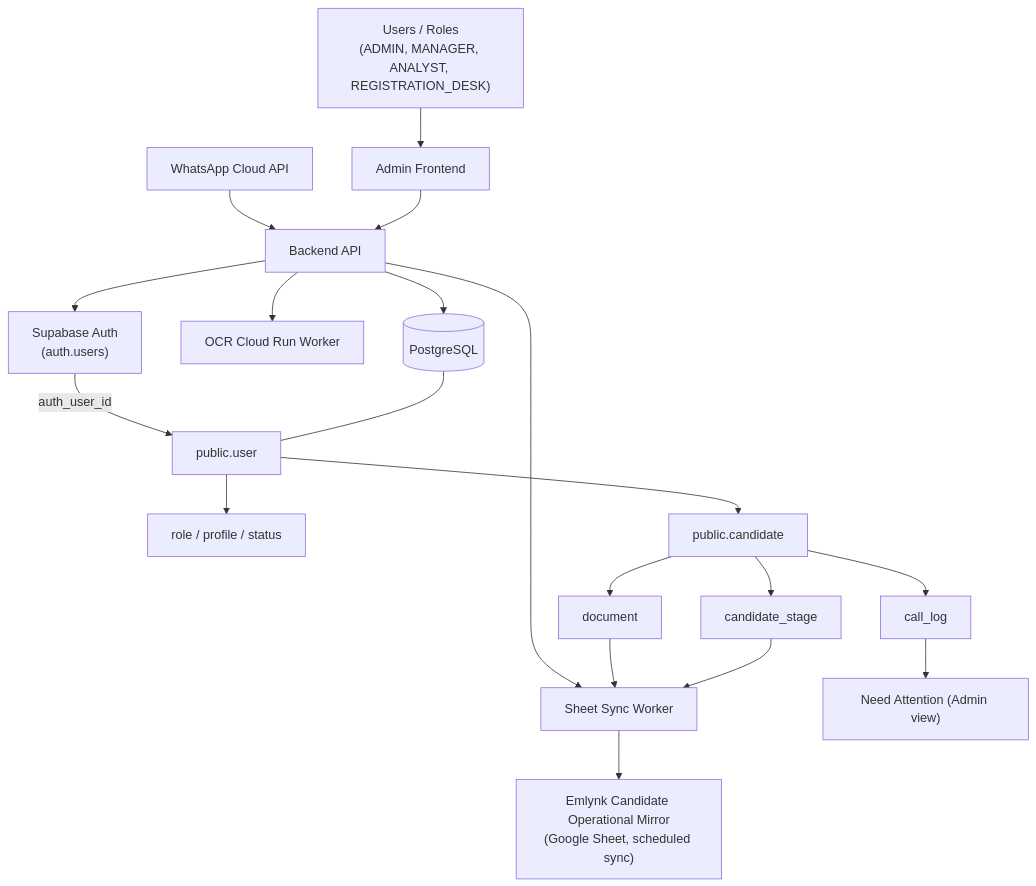
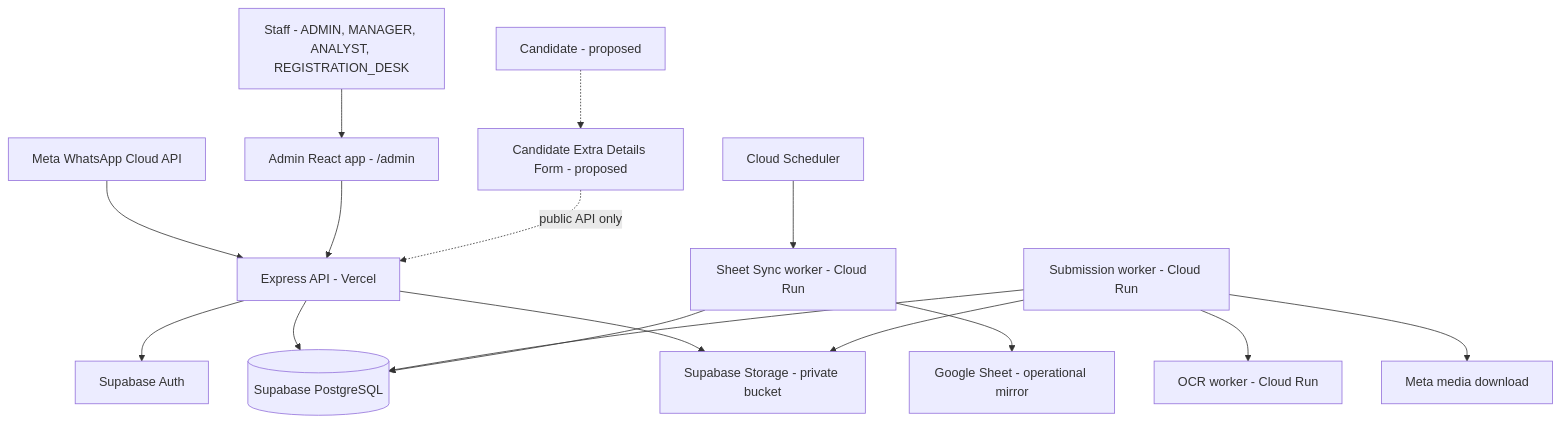
The first of 12 diagrams in README.md (emlynk-pixel/EmlynkWABot), drawn with Mermaid before and after one commit. The commit also changed other lines of this file and 1 other file, not shown here.

Commit message:
docs: redesign database architecture and master ER

````diff
--- a/README.md
+++ b/README.md
@@ -142,25 +145,21 @@
 ```mermaid
 flowchart TD
-    Roles["Users / Roles<br/>(ADMIN, MANAGER, ANALYST, REGISTRATION_DESK)"] --> Frontend[Admin Frontend]
-    WA[WhatsApp Cloud API] --> Backend[Backend API]
-    Frontend --> Backend
+    STAFF["Staff - ADMIN, MANAGER, ANALYST, REGISTRATION_DESK"] --> ADMINUI["Admin React app - /admin"]
+    CAND["Candidate - proposed"] -.-> FORMUI["Candidate Extra Details Form - proposed"]
+    WA["Meta WhatsApp Cloud API"] --> API["Express API - Vercel"]
+    ADMINUI --> API
+    FORMUI -.->|"public API only"| API
 
-    Backend --> SupaAuth["Supabase Auth<br/>(auth.users)"]
-    Backend --> OCR["OCR Cloud Run Worker"]
-    Backend --> DB[(PostgreSQL)]
-    Backend --> SheetWorker["Sheet Sync Worker"]
+    API --> AUTH["Supabase Auth"]
+    API --> DB[("Supabase PostgreSQL")]
+    API --> STORE["Supabase Storage - private bucket"]
 
-    SupaAuth -->|auth_user_id| PublicUser["public.user"]
-    DB --- PublicUser
-    PublicUser --> RoleProfile["role / profile / status"]
-    PublicUser --> Candidate["public.candidate"]
+    SUBW["Submission worker - Cloud Run"] --> DB
+    SUBW --> STORE
+    SUBW --> OCR["OCR worker - Cloud Run"]
+    SUBW --> META["Meta media download"]
 
-    Candidate --> Document["document"]
-    Candidate --> Stage["candidate_stage"]
-    Candidate --> CallLog["call_log"]
-
-    SheetWorker --> SheetMirror["Emlynk Candidate Operational Mirror<br/>(Google Sheet, scheduled sync)"]
-    Document --> SheetWorker
-    Stage --> SheetWorker
-    CallLog --> NeedAttention["Need Attention (Admin view)"]
+    SCHED["Cloud Scheduler"] --> SHEETW["Sheet Sync worker - Cloud Run"]
+    SHEETW --> DB
+    SHEETW --> SHEET["Google Sheet - operational mirror"]
 ```
````
